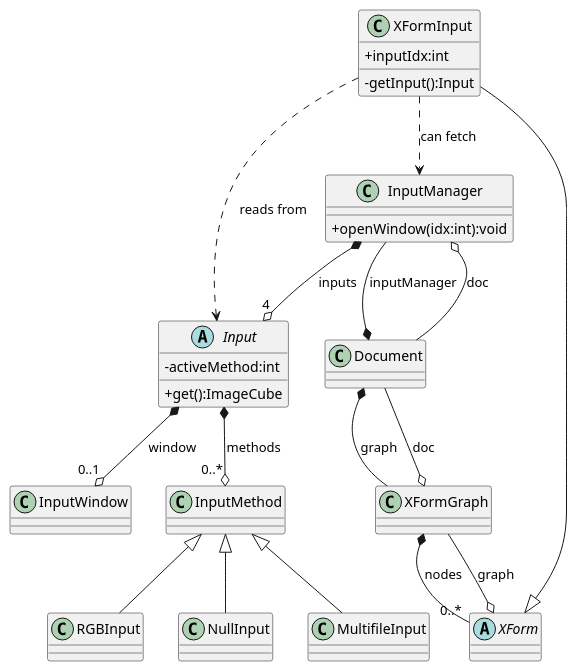
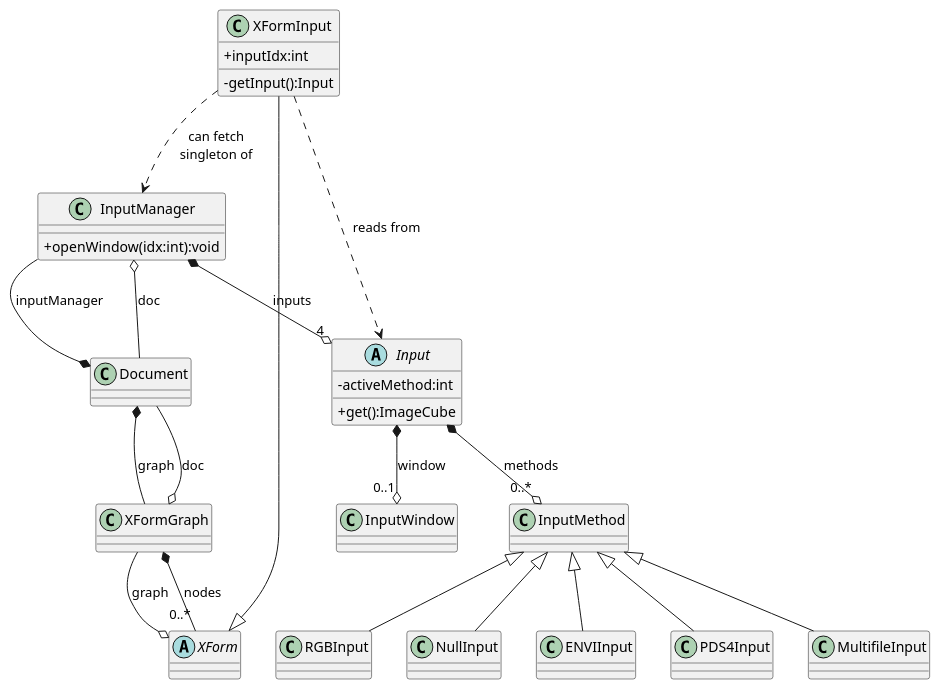
Before and after one commit to AU-ExoMars/PCOT: the diagram in docs/inputs.plantuml, drawn with PlantUML. The commit also changed 13 other files, not shown here.

```diff
--- a/docs/inputs.plantuml
+++ b/docs/inputs.plantuml
@@ -1,44 +1,46 @@
 @startuml
 skinparam classAttributeIconSize 0
 
 class InputManager {
     +openWindow(idx:int):void
 }
 
 Document *-- InputManager: inputManager
 InputManager o-- Document : doc
 
 Document *-- XFormGraph : graph
 XFormGraph o-- Document  : doc
 
 abstract class Input {
     -activeMethod:int
     +get():ImageCube
 }
 
 InputManager *--o "4" Input : inputs
 
 Input *--o "0..*" InputMethod : methods
 
 InputMethod <|-- MultifileInput
 InputMethod <|-- RGBInput
 InputMethod <|-- NullInput
+InputMethod <|-- ENVIInput
+InputMethod <|-- PDS4Input
 
 XFormGraph *-- "0..*" XForm: nodes
 XFormInput ..> Input: "reads from"
 
 abstract class XForm {
 }
 
 XFormInput --|> XForm
 XForm o-- XFormGraph : graph
 
 Input *--o "0..1" InputWindow : window
 
 class XFormInput {
     +inputIdx:int
     -getInput():Input
 }
 
-XFormInput ..> InputManager: "can fetch"
+XFormInput ..> InputManager: "can fetch\nsingleton of"
 @enduml
```
